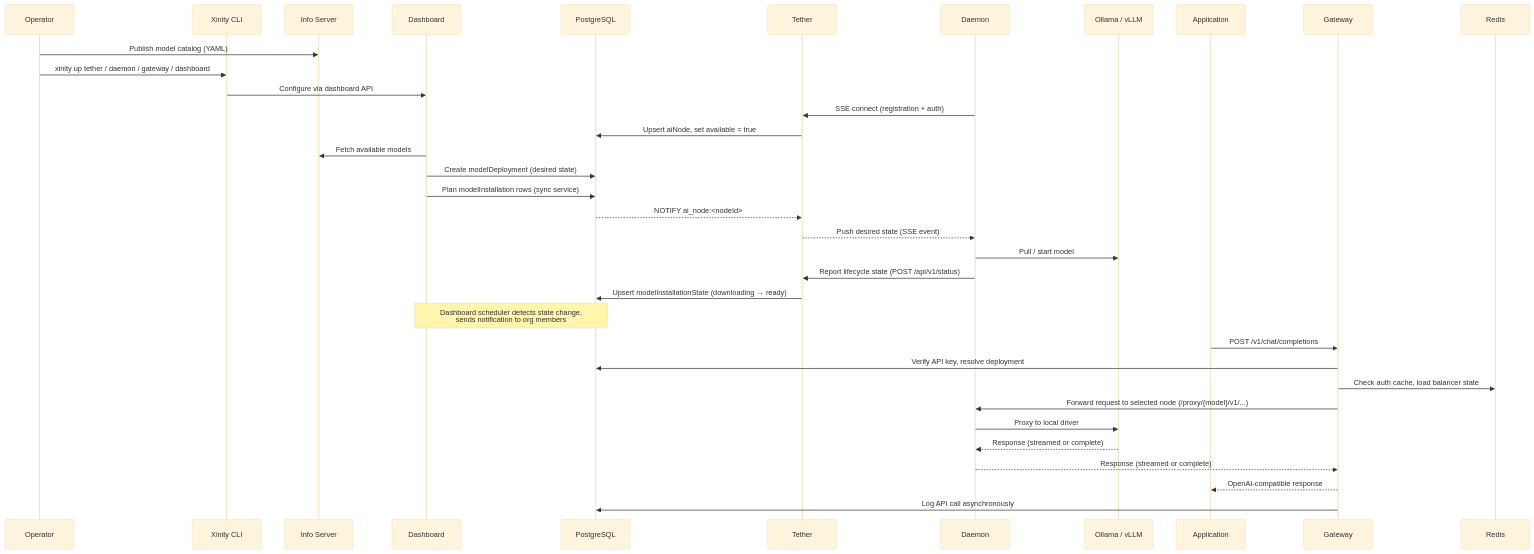
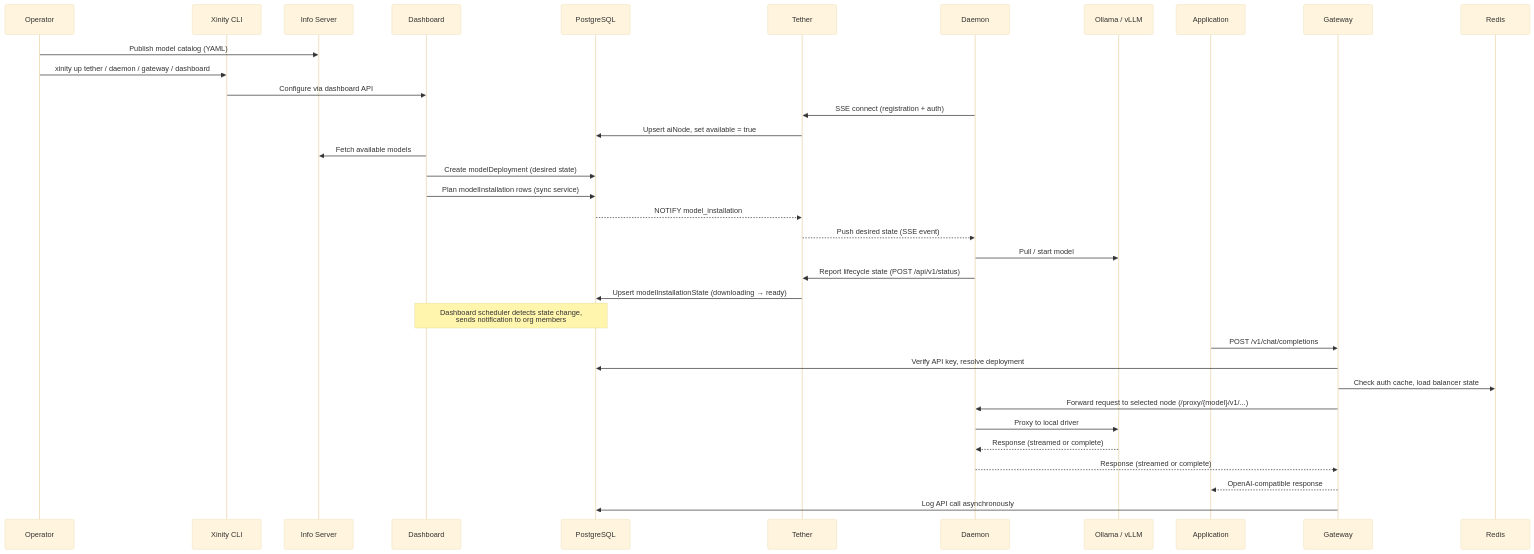
One commit to xinity-ai/xinity-ai changed the third of 3 diagrams in docs/architecture.md. Above: the diagram before and after it, drawn with Mermaid (base theme). The commit also changed other lines of this file, not shown here.

Commit message:
docs: update architecture documentation

````diff
--- a/docs/architecture.md
+++ b/docs/architecture.md
@@ -254,43 +254,43 @@
 ```mermaid
 sequenceDiagram
     participant Ops as Operator
     participant CLI as Xinity CLI
     participant Info as Info Server
     participant UI as Dashboard
     participant DB as PostgreSQL
     participant Tether as Tether
     participant Daemon as Daemon
     participant Driver as Ollama / vLLM
     participant App as Application
     participant Gateway as Gateway
     participant Redis as Redis
 
     Ops->>Info: Publish model catalog (YAML)
     Ops->>CLI: xinity up tether / daemon / gateway / dashboard
     CLI->>UI: Configure via dashboard API
 
     Daemon->>Tether: SSE connect (registration + auth)
     Tether->>DB: Upsert aiNode, set available = true
 
     UI->>Info: Fetch available models
     UI->>DB: Create modelDeployment (desired state)
     UI->>DB: Plan modelInstallation rows (sync service)
-    DB-->>Tether: NOTIFY ai_node:<nodeId>
+    DB-->>Tether: NOTIFY model_installation
     Tether-->>Daemon: Push desired state (SSE event)
 
     Daemon->>Driver: Pull / start model
     Daemon->>Tether: Report lifecycle state (POST /api/v1/status)
     Tether->>DB: Upsert modelInstallationState (downloading → ready)
 
     Note over UI,DB: Dashboard scheduler detects state change,<br/>sends notification to org members
 
     App->>Gateway: POST /v1/chat/completions
     Gateway->>DB: Verify API key, resolve deployment
     Gateway->>Redis: Check auth cache, load balancer state
     Gateway->>Daemon: Forward request to selected node (/proxy/{model}/v1/...)
     Daemon->>Driver: Proxy to local driver
     Driver-->>Daemon: Response (streamed or complete)
     Daemon-->>Gateway: Response (streamed or complete)
     Gateway-->>App: OpenAI-compatible response
     Gateway->>DB: Log API call asynchronously
 ```
````
